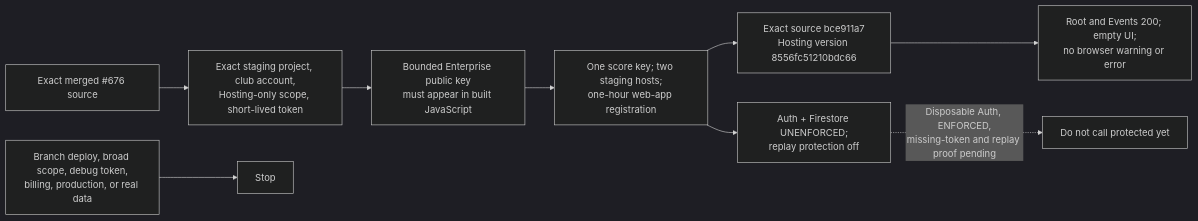
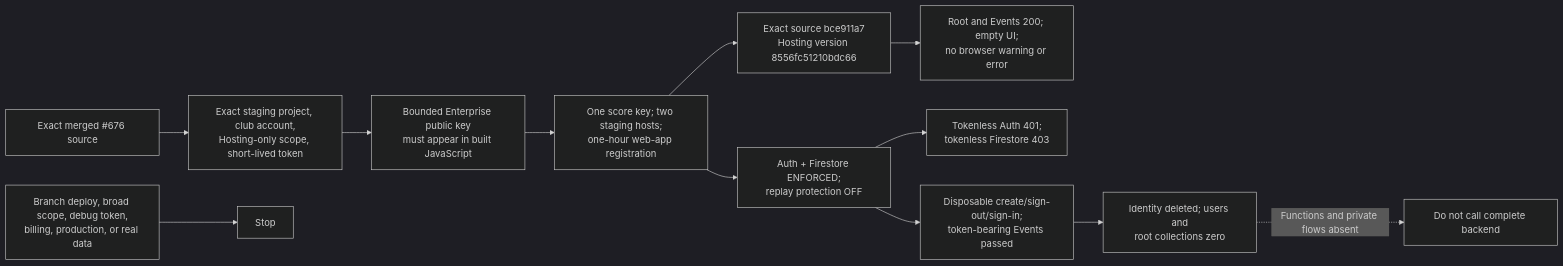
Before and after one commit to Run-MPRC/Run-MPRC.github.io: the tenth of 10 diagrams in docs/officers/PUBLISH_AND_CHECK.md, drawn with Mermaid (dark theme). The commit also changed other lines of this file and 9 other files, not shown here.

````diff
--- a/docs/officers/PUBLISH_AND_CHECK.md
+++ b/docs/officers/PUBLISH_AND_CHECK.md
@@ -541,11 +541,14 @@
 ```mermaid
 flowchart LR
     Source["Exact merged #676 source"] --> Guard["Exact staging project, club account,\nHosting-only scope, short-lived token"]
     Guard --> Artifact["Bounded Enterprise public key\nmust appear in built JavaScript"]
     Artifact --> Provider["One score key; two staging hosts;\none-hour web-app registration"]
     Provider --> Hosting["Exact source bce911a7\nHosting version 8556fc51210bdc66"]
-    Provider --> Monitor["Auth + Firestore UNENFORCED;\nreplay protection off"]
+    Provider --> Enforce["Auth + Firestore ENFORCED;\nreplay protection OFF"]
     Hosting --> Public["Root and Events 200; empty UI;\nno browser warning or error"]
-    Monitor -. "Disposable Auth, ENFORCED,\nmissing-token and replay proof pending" .-> Pending["Do not call protected yet"]
+    Enforce --> Deny["Tokenless Auth 401;\ntokenless Firestore 403"]
+    Enforce --> Browser["Disposable create/sign-out/sign-in;\ntoken-bearing Events passed"]
+    Browser --> Cleanup["Identity deleted; users and\nroot collections zero"]
+    Cleanup -. "Functions and private flows absent" .-> Pending["Do not call complete backend"]
     Broad["Branch deploy, broad scope, debug token,\nbilling, production, or real data"] --> Stop["Stop"]
 ```
````
